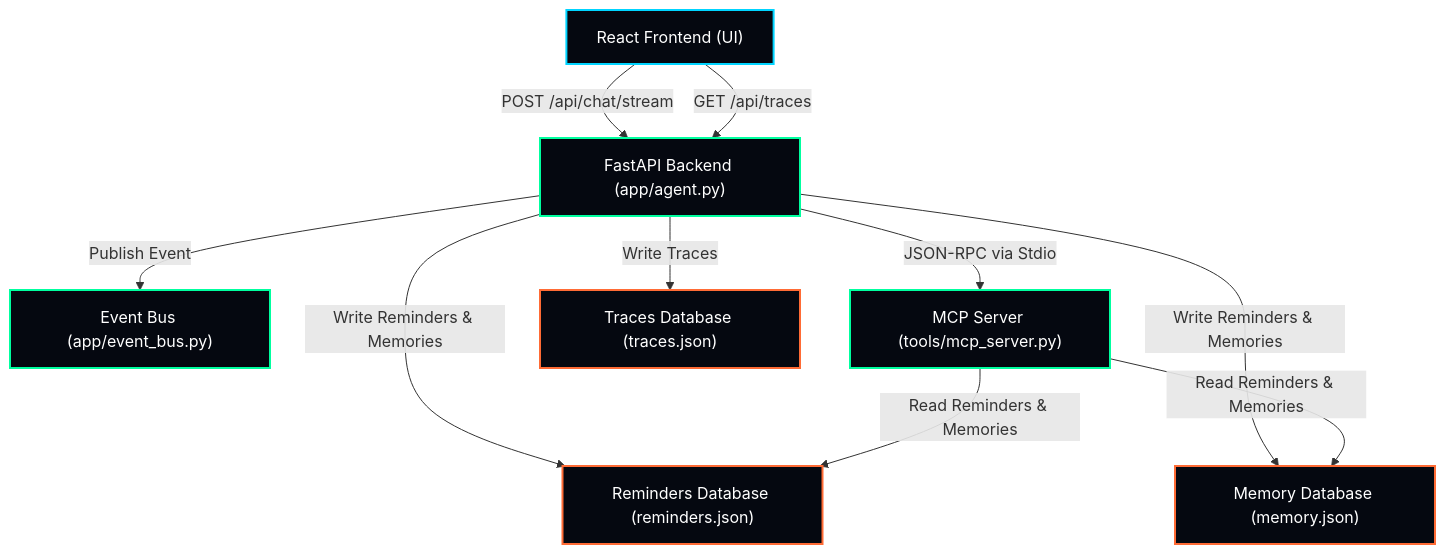
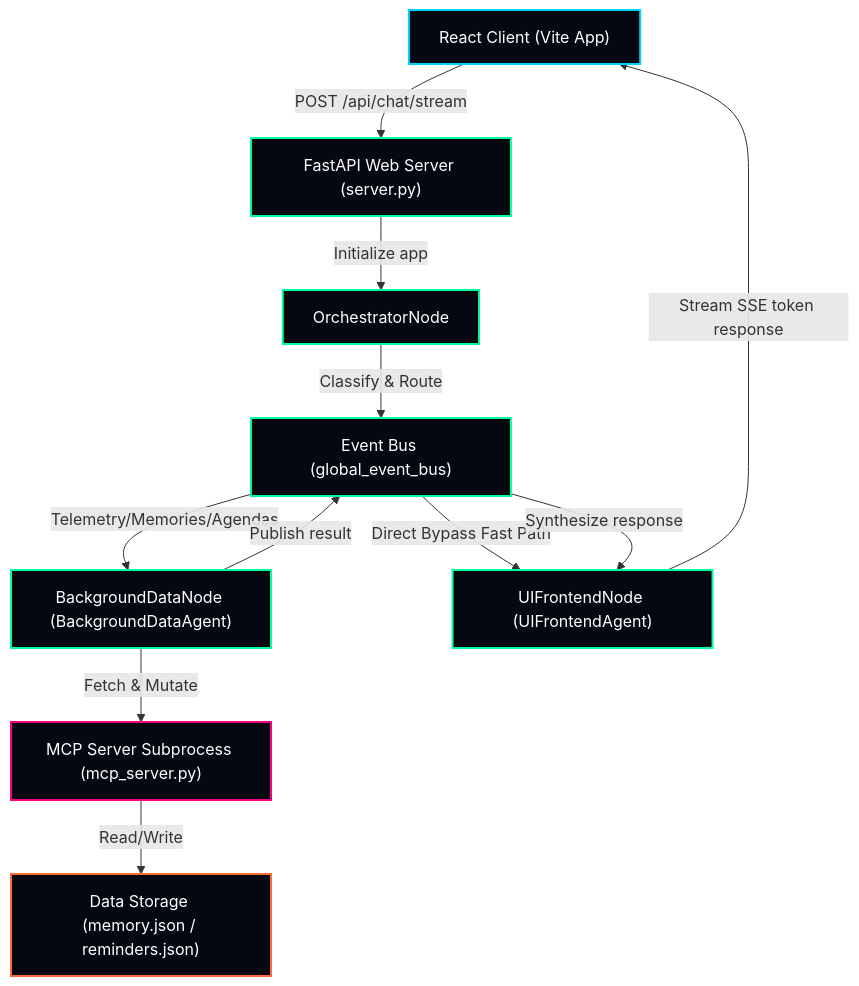
The diagram in README.md (Mithunvisvesh/jarvis), drawn with Mermaid before and after one commit. The commit also changed other lines of this file and 20 other files, not shown here.

````diff
--- a/README.md
+++ b/README.md
@@ -32,25 +11,30 @@
 ```mermaid
 graph TD
     %% Styling
     classDef React fill:#050810,stroke:#00D4FF,stroke-width:2px,color:#fff;
     classDef FastAPI fill:#050810,stroke:#00FF9F,stroke-width:2px,color:#fff;
     classDef Storage fill:#050810,stroke:#FF6B35,stroke-width:2px,color:#fff;
+    classDef Subprocess fill:#050810,stroke:#FF0080,stroke-width:2px,color:#fff;
     
     %% Nodes
-    A["React Frontend (UI)"]:::React
-    B["FastAPI Backend (app/agent.py)"]:::FastAPI
-    C["Event Bus (app/event_bus.py)"]:::FastAPI
-    D["MCP Server (tools/mcp_server.py)"]:::FastAPI
-    E["Reminders Database (reminders.json)"]:::Storage
-    F["Memory Database (memory.json)"]:::Storage
-    G["Traces Database (traces.json)"]:::Storage
+    A["React Client (Vite App)"]:::React
+    B["FastAPI Web Server (server.py)"]:::FastAPI
+    C["OrchestratorNode"]:::FastAPI
+    D["BackgroundDataNode (BackgroundDataAgent)"]:::FastAPI
+    E["UIFrontendNode (UIFrontendAgent)"]:::FastAPI
+    F["Event Bus (global_event_bus)"]:::FastAPI
+    G["MCP Server Subprocess (mcp_server.py)"]:::Subprocess
+    H["Data Storage (memory.json / reminders.json)"]:::Storage
 
     %% Connections
     A -->|POST /api/chat/stream| B
-    A -->|GET /api/traces| B
-    B -->|Publish Event| C
-    B -->|Write Reminders & Memories| E & F
-    B -->|Write Traces| G
-    B -->|JSON-RPC via Stdio| D
-    D -->|Read Reminders & Memories| E & F
+    B -->|Initialize app| C
+    C -->|Classify & Route| F
+    F -->|Telemetry/Memories/Agendas| D
+    F -->|Direct Bypass Fast Path| E
+    D -->|Fetch & Mutate| G
+    D -->|Publish result| F
+    F -->|Synthesize response| E
+    E -->|Stream SSE token response| A
+    G -->|Read/Write| H
 ```
````
